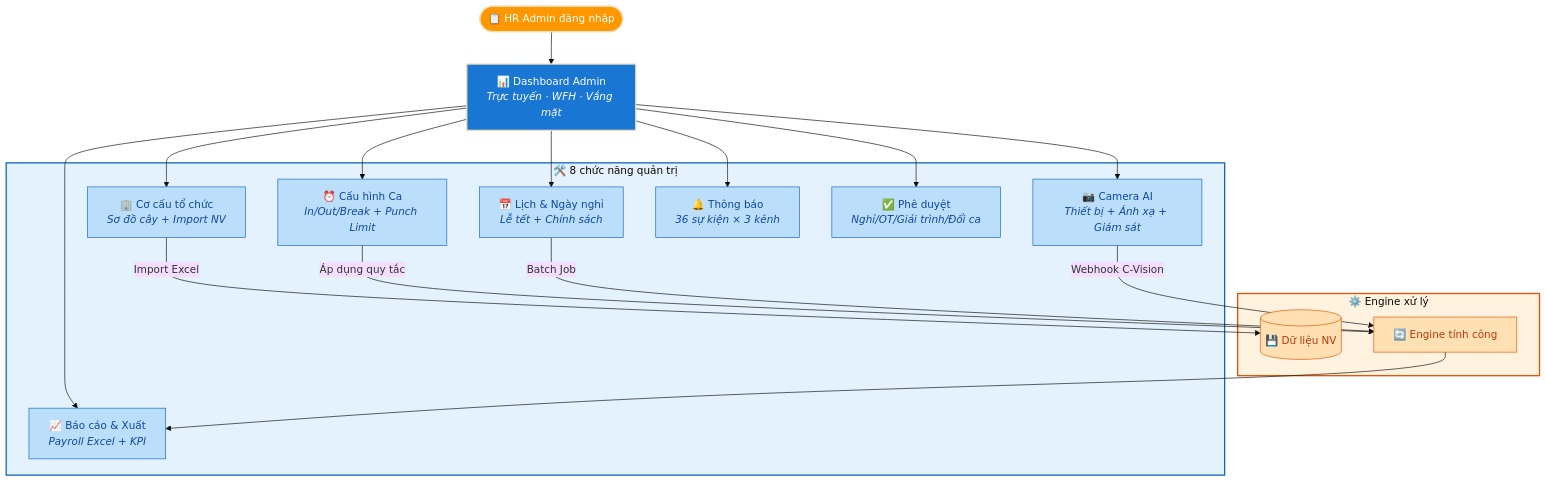
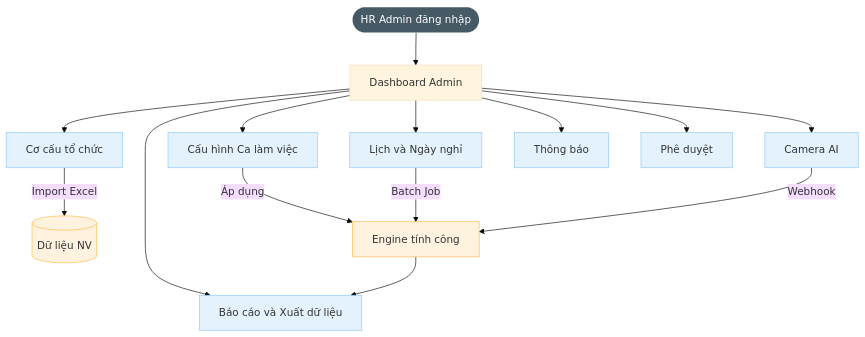
One commit to olbboy/BA-Kit changed the first of 2 diagrams in outputs/mini-app-cham-cong/2.11-Mini-app/Tài-liệu-dự-án-Mini-App/BRD-HR-(Admin).md. Above: the diagram before and after it, drawn with Mermaid (base theme). The commit also changed other lines of this file and 5 other files, not shown here.

First line of the commit message:
style: simplify all Mermaid diagrams — clean professional look

````diff
--- a/outputs/mini-app-cham-cong/2.11-Mini-app/Tài-liệu-dự-án-Mini-App/BRD-HR-(Admin).md
+++ b/outputs/mini-app-cham-cong/2.11-Mini-app/Tài-liệu-dự-án-Mini-App/BRD-HR-(Admin).md
@@ -21,40 +21,25 @@
 ```mermaid
 graph TD
-    A(["📋 HR Admin đăng nhập"]) --> B["📊 Dashboard Admin<br/><i>Trực tuyến · WFH · Vắng mặt</i>"]
+    A([HR Admin đăng nhập]) --> B[Dashboard Admin]
+    B --> C[Cơ cấu tổ chức]
+    B --> D[Cấu hình Ca làm việc]
+    B --> E[Lịch và Ngày nghỉ]
+    B --> F[Camera AI]
+    B --> G[Thông báo]
+    B --> H[Phê duyệt]
+    B --> I[Báo cáo và Xuất dữ liệu]
 
-    subgraph modules [" 🛠️ 8 chức năng quản trị "]
-        C["🏢 Cơ cấu tổ chức<br/><i>Sơ đồ cây + Import NV</i>"]
-        D["⏰ Cấu hình Ca<br/><i>In/Out/Break + Punch Limit</i>"]
-        E["📅 Lịch & Ngày nghỉ<br/><i>Lễ tết + Chính sách</i>"]
-        F["📷 Camera AI<br/><i>Thiết bị + Ánh xạ + Giám sát</i>"]
-        G["🔔 Thông báo<br/><i>36 sự kiện × 3 kênh</i>"]
-        H["✅ Phê duyệt<br/><i>Nghỉ/OT/Giải trình/Đổi ca</i>"]
-        I["📈 Báo cáo & Xuất<br/><i>Payroll Excel + KPI</i>"]
-    end
-
-    B --> C & D & E & F & G & H & I
-
-    subgraph engine [" ⚙️ Engine xử lý "]
-        J[("💾 Dữ liệu NV")]
-        K["🔄 Engine tính công"]
-    end
-
-    C -->|"Import Excel"| J
-    D -->|"Áp dụng quy tắc"| K
-    E -->|"Batch Job"| K
-    F -->|"Webhook C-Vision"| K
+    C -->|Import Excel| J[(Dữ liệu NV)]
+    D -->|Áp dụng| K[Engine tính công]
+    E -->|Batch Job| K
+    F -->|Webhook| K
     K --> I
 
-    style modules fill:#E3F2FD,stroke:#1565C0,stroke-width:2px
-    style engine fill:#FFF3E0,stroke:#E65100,stroke-width:2px
+    classDef actor fill:#455A64,color:#fff,stroke-width:0
+    classDef mod fill:#E3F2FD,stroke:#90CAF9
+    classDef eng fill:#FFF3E0,stroke:#FFB74D
 
-    classDef admin fill:#FF9800,color:#fff,stroke-width:2px
-    classDef dash fill:#1976D2,color:#fff,stroke-width:2px
-    classDef mod fill:#BBDEFB,stroke:#1565C0,color:#0D47A1
-    classDef eng fill:#FFE0B2,stroke:#E65100,color:#BF360C
-
-    class A admin
-    class B dash
+    class A actor
     class C,D,E,F,G,H,I mod
     class J,K eng
 ```
````
